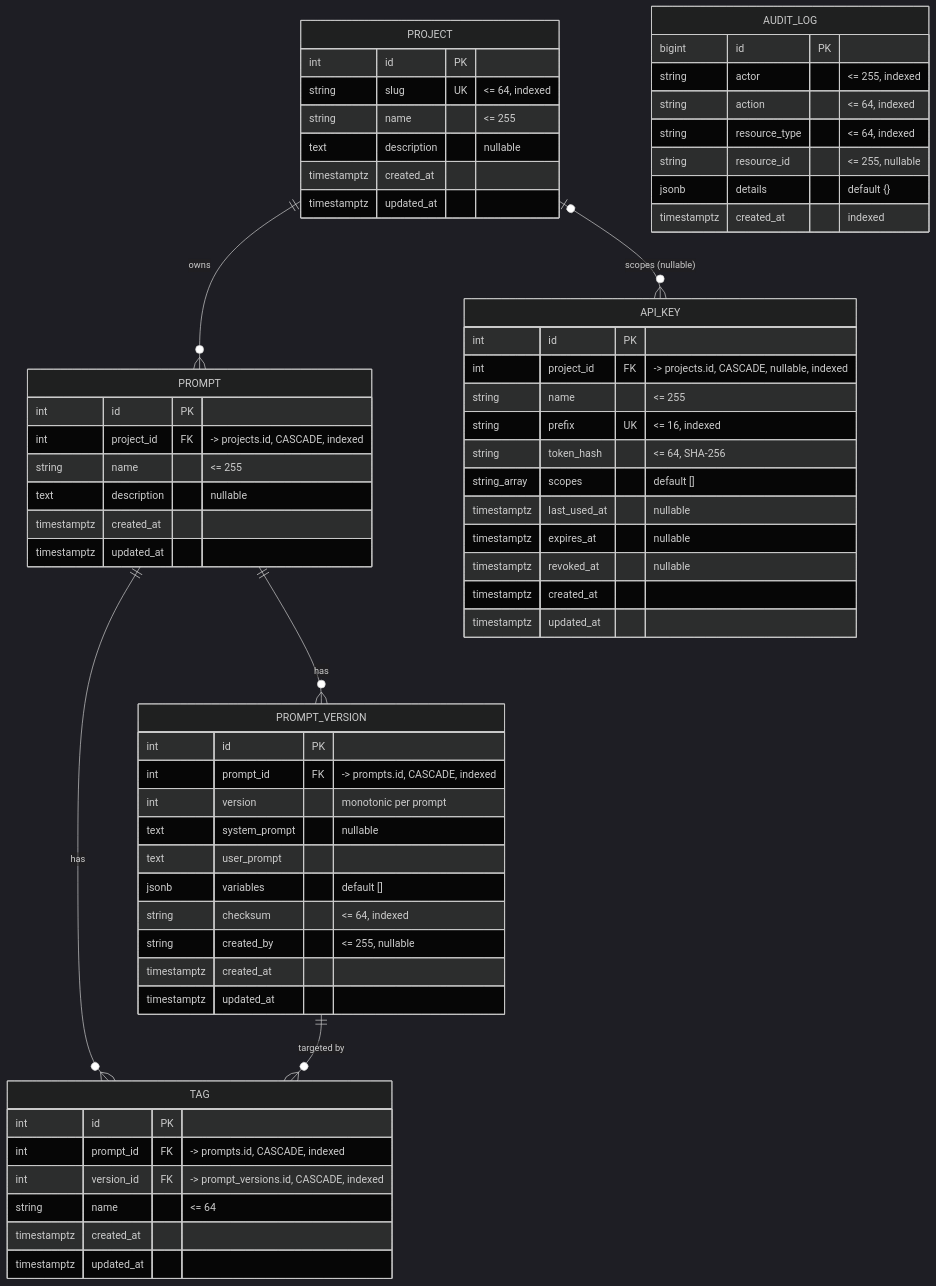
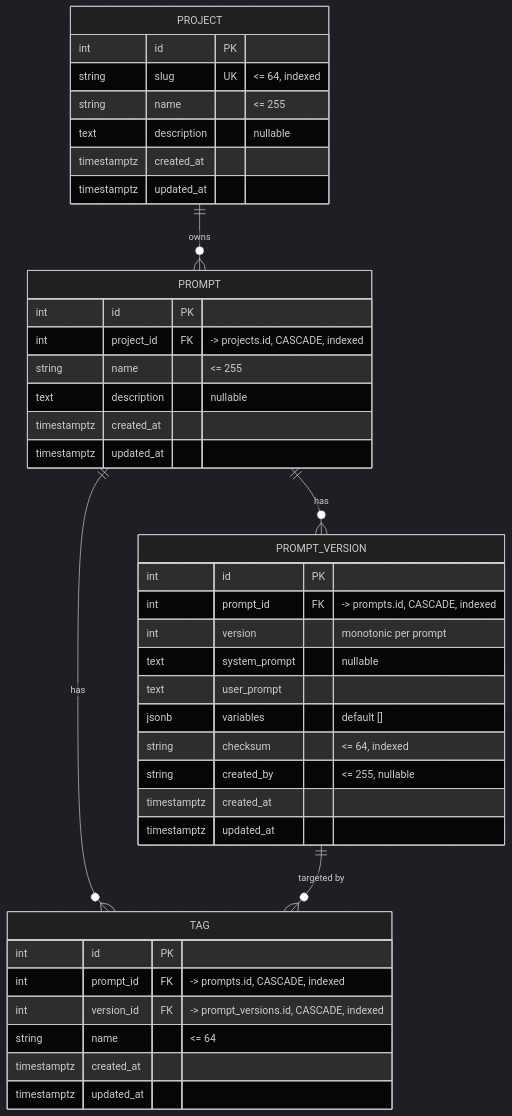
One commit to DimitarAtanassov/floating_prompts changed the diagram in docs/DATABASE.md. Above: the diagram before and after it, drawn with Mermaid (dark theme). The commit also changed other lines of this file and 51 other files, not shown here.

````diff
--- a/docs/DATABASE.md
+++ b/docs/DATABASE.md
@@ -15,72 +15,47 @@
 ```mermaid
 erDiagram
     PROJECT ||--o{ PROMPT : "owns"
-    PROJECT |o--o{ API_KEY : "scopes (nullable)"
     PROMPT ||--o{ PROMPT_VERSION : "has"
     PROMPT ||--o{ TAG : "has"
     PROMPT_VERSION ||--o{ TAG : "targeted by"
 
     PROJECT {
         int id PK
         string slug UK "<= 64, indexed"
         string name "<= 255"
         text description "nullable"
         timestamptz created_at
         timestamptz updated_at
     }
 
     PROMPT {
         int id PK
         int project_id FK "-> projects.id, CASCADE, indexed"
         string name "<= 255"
         text description "nullable"
         timestamptz created_at
         timestamptz updated_at
     }
 
     PROMPT_VERSION {
         int id PK
         int prompt_id FK "-> prompts.id, CASCADE, indexed"
         int version "monotonic per prompt"
         text system_prompt "nullable"
         text user_prompt
         jsonb variables "default []"
         string checksum "<= 64, indexed"
         string created_by "<= 255, nullable"
         timestamptz created_at
         timestamptz updated_at
     }
 
     TAG {
         int id PK
         int prompt_id FK "-> prompts.id, CASCADE, indexed"
         int version_id FK "-> prompt_versions.id, CASCADE, indexed"
         string name "<= 64"
         timestamptz created_at
         timestamptz updated_at
     }
-
-    API_KEY {
-        int id PK
-        int project_id FK "-> projects.id, CASCADE, nullable, indexed"
-        string name "<= 255"
-        string prefix UK "<= 16, indexed"
-        string token_hash "<= 64, SHA-256"
-        string_array scopes "default []"
-        timestamptz last_used_at "nullable"
-        timestamptz expires_at "nullable"
-        timestamptz revoked_at "nullable"
-        timestamptz created_at
-        timestamptz updated_at
-    }
-
-    AUDIT_LOG {
-        bigint id PK
-        string actor "<= 255, indexed"
-        string action "<= 64, indexed"
-        string resource_type "<= 64, indexed"
-        string resource_id "<= 255, nullable"
-        jsonb details "default {}"
-        timestamptz created_at "indexed"
-    }
 ```
````
